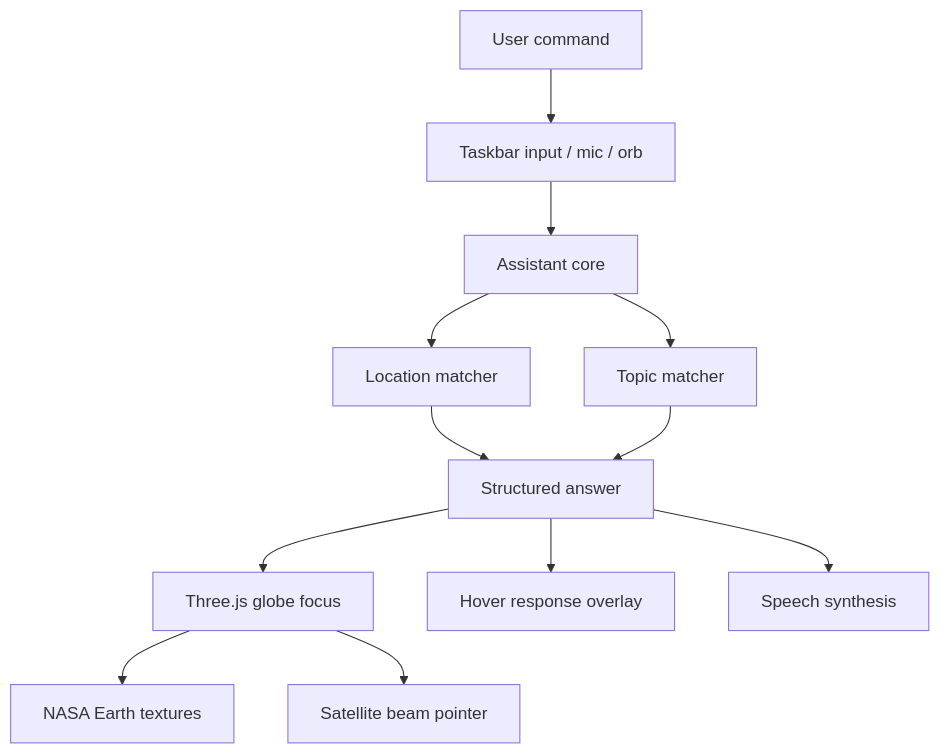
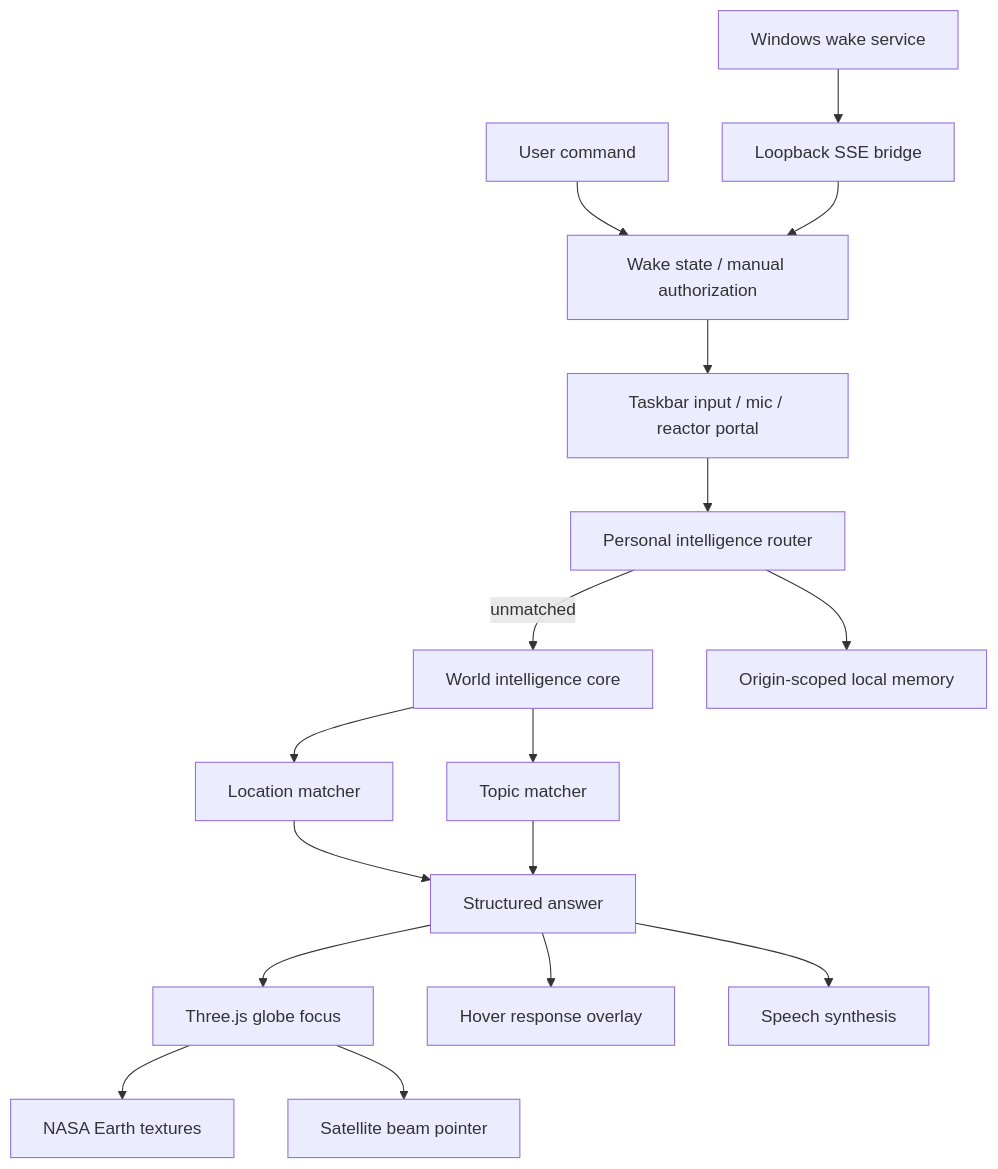
One commit to shauryamalhotra957-wq/jarvis changed the diagram in docs/architecture.md. Above: the diagram before and after it, drawn with Mermaid. The commit also changed other lines of this file and 6 other files, not shown here.

````diff
--- a/docs/architecture.md
+++ b/docs/architecture.md
@@ -3,14 +3,19 @@
 ```mermaid
 flowchart TD
-  User[User command] --> UI[Taskbar input / mic / orb]
-  UI --> Core[Assistant core]
+  User[User command] --> Wake[Wake state / manual authorization]
+  Desktop[Windows wake service] --> Bridge[Loopback SSE bridge]
+  Bridge --> Wake
+  Wake --> UI[Taskbar input / mic / reactor portal]
+  UI --> Personal[Personal intelligence router]
+  Personal -->|unmatched| Core[World intelligence core]
+  Personal --> Memory[Origin-scoped local memory]
   Core --> Location[Location matcher]
   Core --> Topic[Topic matcher]
   Location --> Answer[Structured answer]
   Topic --> Answer
   Answer --> Globe[Three.js globe focus]
   Answer --> Hover[Hover response overlay]
   Answer --> Voice[Speech synthesis]
   Globe --> Texture[NASA Earth textures]
   Globe --> Pointer[Satellite beam pointer]
 ```
````
